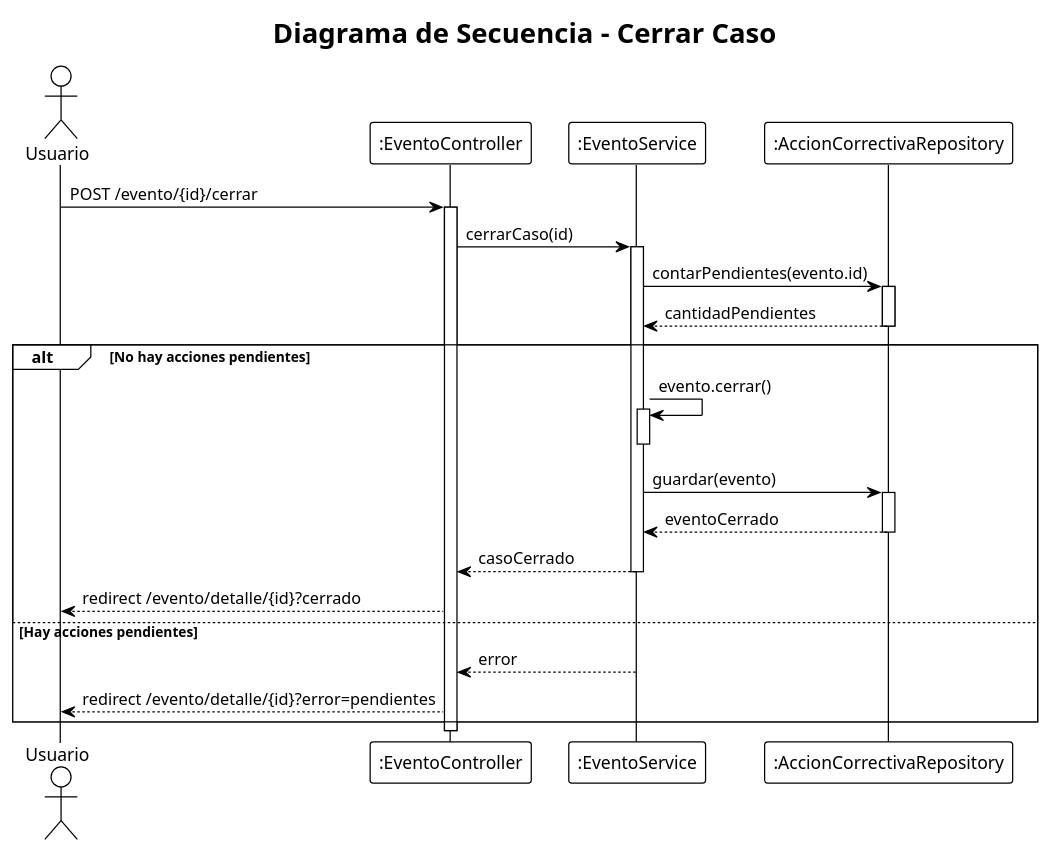
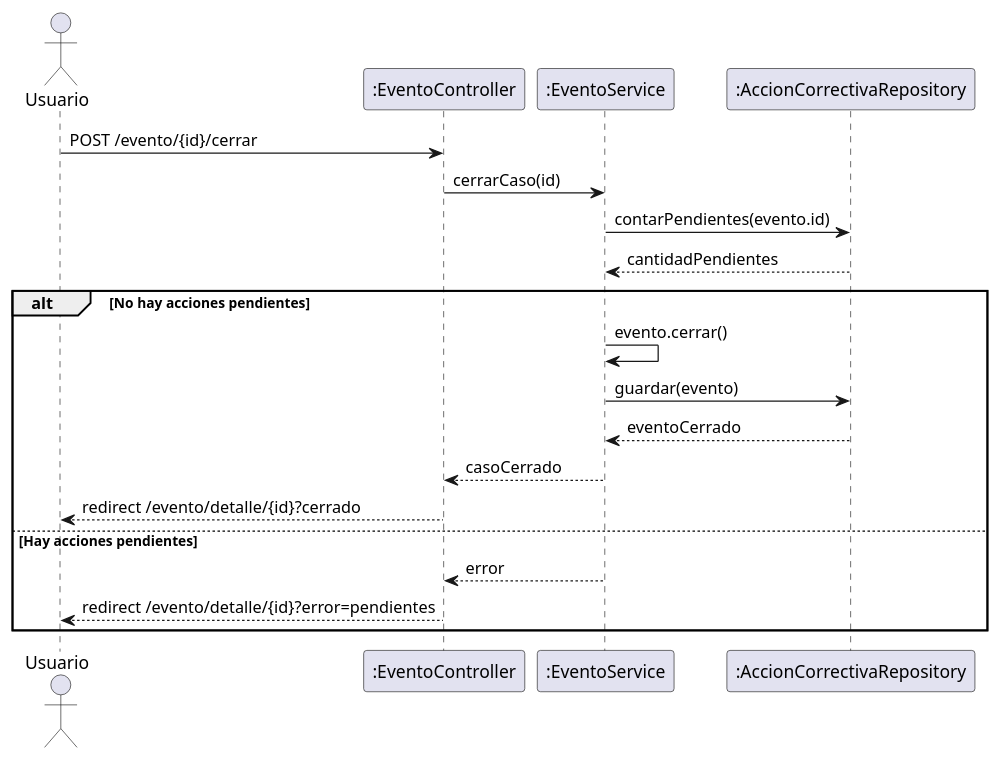
The diagram in planeacion/uml/03-secuencia-cerrar.puml (BrayanZR29/SST), drawn with PlantUML before and after one commit. The commit also changed 14 other files, not shown here.

```diff
--- a/planeacion/uml/03-secuencia-cerrar.puml
+++ b/planeacion/uml/03-secuencia-cerrar.puml
@@ -1,46 +1,23 @@
 @startuml SecuenciaCerrarCaso
-!theme plain
-
-title Diagrama de Secuencia - Cerrar Caso
-
 actor Usuario
 participant ":EventoController" as ctrl
 participant ":EventoService" as svc
 participant ":AccionCorrectivaRepository" as repo
 
 Usuario -> ctrl : POST /evento/{id}/cerrar
-activate ctrl
 
 ctrl -> svc : cerrarCaso(id)
-activate svc
-
 svc -> repo : contarPendientes(evento.id)
-activate repo
 repo --> svc : cantidadPendientes
-deactivate repo
 
 alt No hay acciones pendientes
     svc -> svc : evento.cerrar()
-    activate svc
-    deactivate svc
-    
     svc -> repo : guardar(evento)
-    activate repo
     repo --> svc : eventoCerrado
-    deactivate repo
-    
     svc --> ctrl : casoCerrado
-    deactivate svc
-    
     ctrl --> Usuario : redirect /evento/detalle/{id}?cerrado
-    
 else Hay acciones pendientes
     svc --> ctrl : error
-    deactivate svc
-    
     ctrl --> Usuario : redirect /evento/detalle/{id}?error=pendientes
 end
-
-deactivate ctrl
-
 @enduml
```
